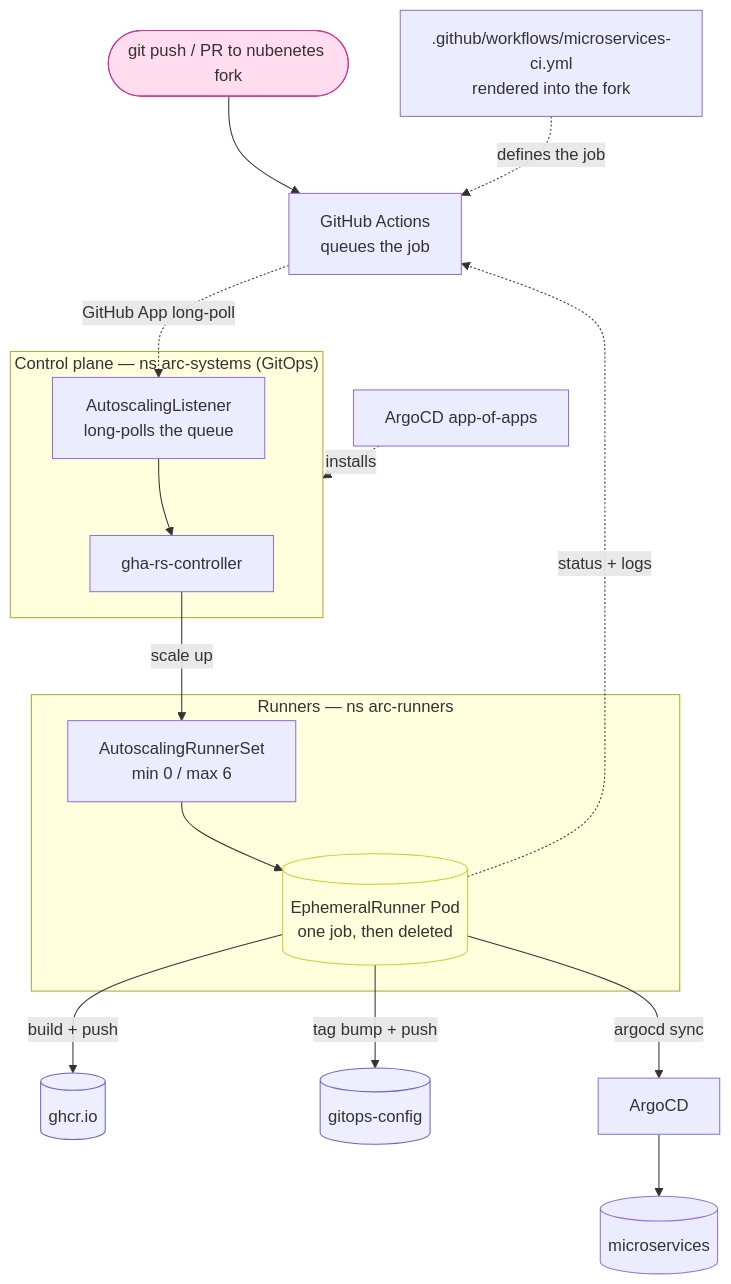
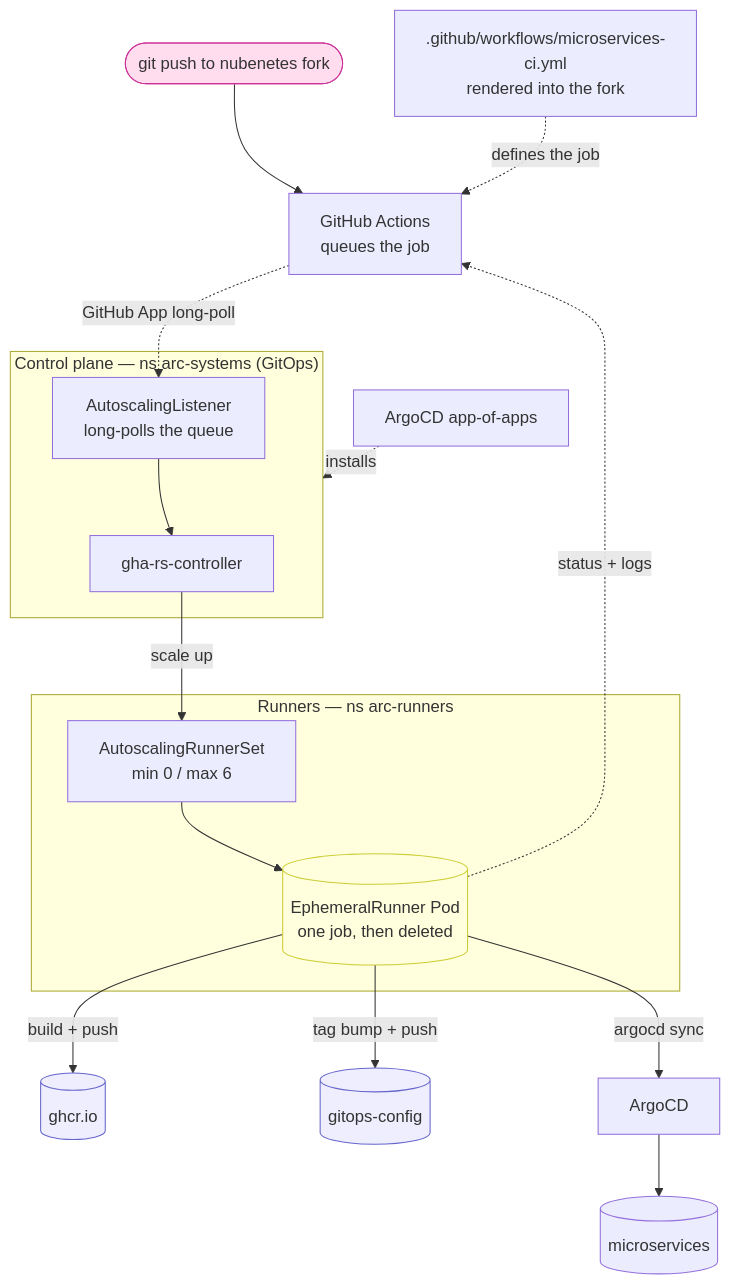
Before and after one commit to nubenetes/jenkins-2026: the second of 3 diagrams in docs/404-GITHUB_ACTIONS.md, drawn with Mermaid. The commit also changed other lines of this file and 28 other files, not shown here.

````diff
--- a/docs/404-GITHUB_ACTIONS.md
+++ b/docs/404-GITHUB_ACTIONS.md
@@ -281,27 +281,27 @@
 ```mermaid
 flowchart TB
-  push([git push / PR to nubenetes fork]):::ext --> gh[GitHub Actions<br/>queues the job]
+  push([git push to nubenetes fork]):::ext --> gh[GitHub Actions<br/>queues the job]
   wf[.github/workflows/microservices-ci.yml<br/>rendered into the fork] -. defines the job .-> gh
 
   subgraph cp["Control plane — ns arc-systems (GitOps)"]
     ctl[gha-rs-controller]
     lis[AutoscalingListener<br/>long-polls the queue]
   end
   gh -. GitHub App long-poll .-> lis
   lis --> ctl
 
   subgraph run["Runners — ns arc-runners"]
     ars[AutoscalingRunnerSet<br/>min 0 / max 6]
     er[(EphemeralRunner Pod<br/>one job, then deleted)]:::vol
   end
   ctl -->|scale up| ars --> er
   er -->|build + push| ghcr[(ghcr.io)]:::store
   er -->|tag bump + push| gops[(gitops-config)]:::store
   er -->|argocd sync| argo[ArgoCD] --> ms[(microservices)]
   er -. status + logs .-> gh
   appofapps[ArgoCD app-of-apps] -. installs .-> cp
 
   classDef ext fill:#fde,stroke:#c39;
   classDef store fill:#eef,stroke:#66c;
   classDef vol fill:#ffd,stroke:#cc3;
 ```
````
